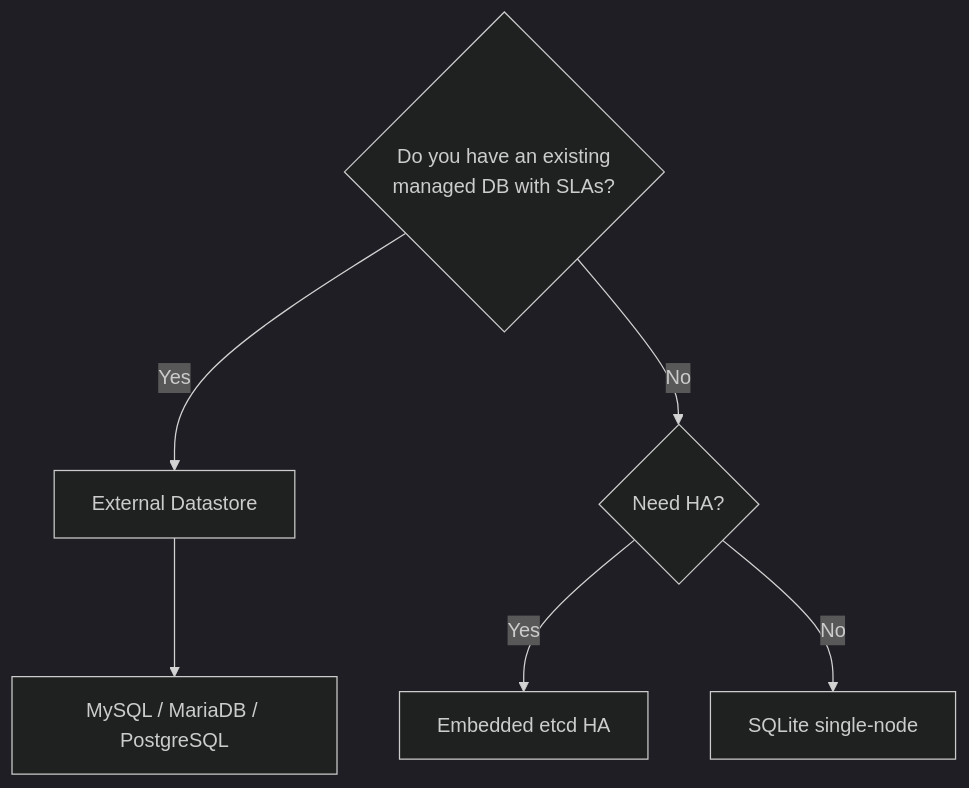
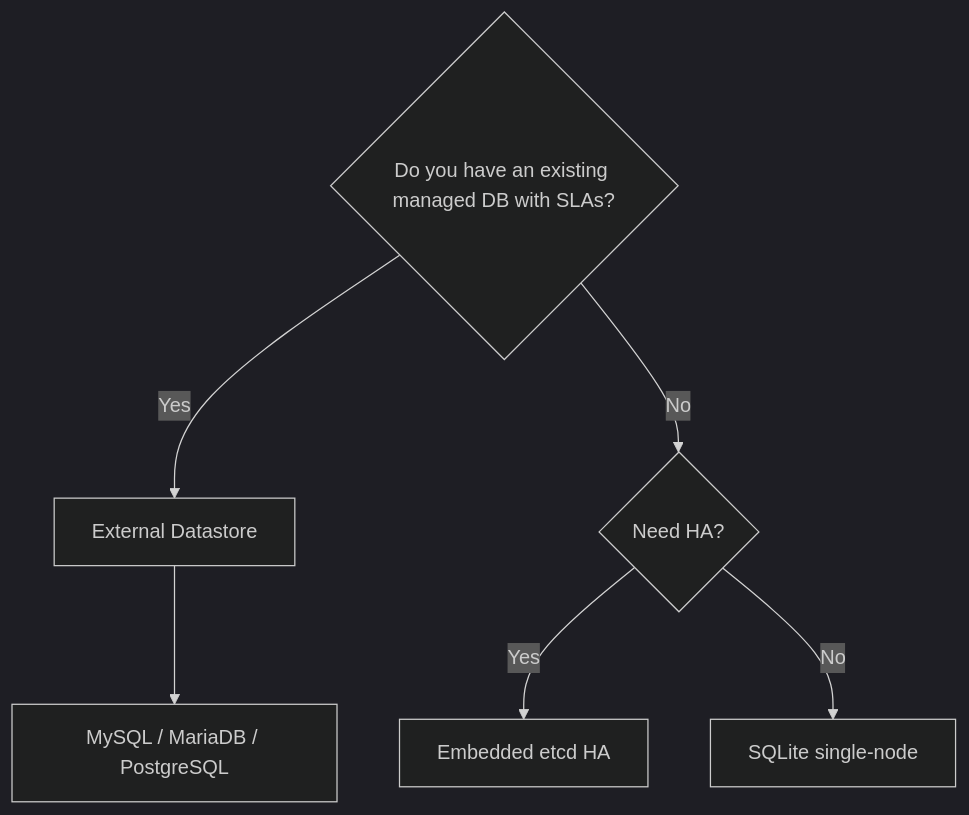
Before and after one commit to UncleJS/course_k3s: the first of 2 diagrams in 06_multi_node_cluster/03_external_datastore.md, drawn with Mermaid (dark theme). The commit also changed 57 other files, not shown here.

````diff
--- a/06_multi_node_cluster/03_external_datastore.md
+++ b/06_multi_node_cluster/03_external_datastore.md
@@ -29,8 +29,8 @@
 ```mermaid
 flowchart TD
-    A{Do you have an existing\nmanaged DB with SLAs?} -->|Yes| B[External Datastore]
+    A{Do you have an existing managed DB with SLAs?} -->|Yes| B[External Datastore]
     A -->|No| C{Need HA?}
     C -->|Yes| D[Embedded etcd HA]
     C -->|No| E[SQLite single-node]
     B --> F[MySQL / MariaDB / PostgreSQL]
 ```
````
